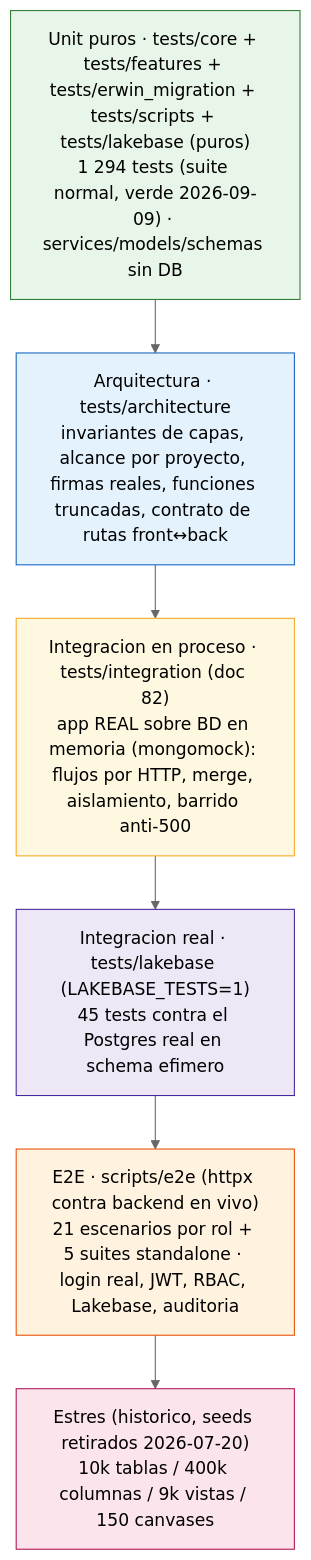
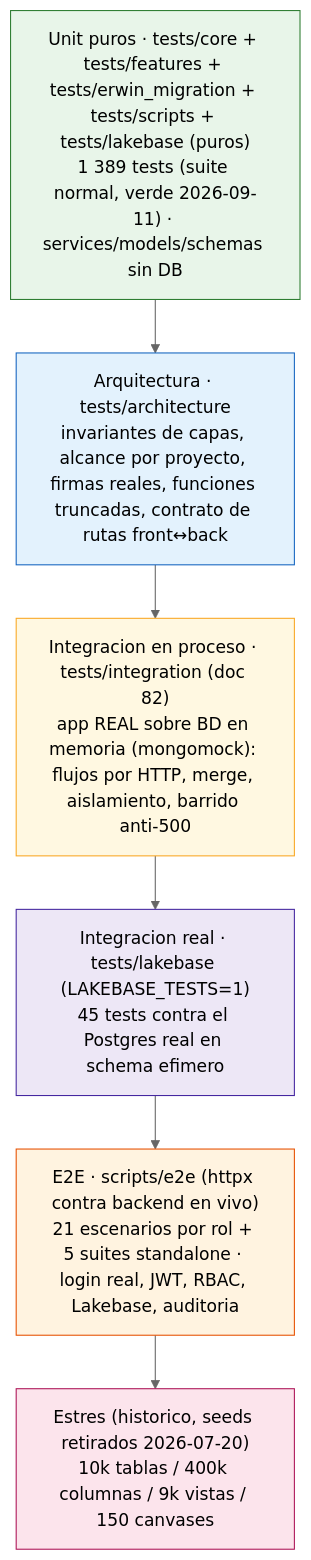
One commit to Carlosmps97/backend-data-model-hub changed the first of 6 diagrams in doc/testing.md. Above: the diagram before and after it, drawn with Mermaid (neutral theme). The commit also changed other lines of this file and 35 other files, not shown here.

````diff
--- a/doc/testing.md
+++ b/doc/testing.md
@@ -21,18 +21,18 @@
 ```mermaid
 flowchart TD
     A["Estres (historico, seeds retirados 2026-07-20)<br/>10k tablas / 400k columnas / 9k vistas / 150 canvases"]
     B["E2E · scripts/e2e (httpx contra backend en vivo)<br/>21 escenarios por rol + 5 suites standalone · login real, JWT, RBAC, Lakebase, auditoria"]
     L["Integracion real · tests/lakebase (LAKEBASE_TESTS=1)<br/>45 tests contra el Postgres real en schema efimero"]
     I["Integracion en proceso · tests/integration (doc 82)<br/>app REAL sobre BD en memoria (mongomock): flujos por HTTP, merge, aislamiento, barrido anti-500"]
     C["Arquitectura · tests/architecture<br/>invariantes de capas, alcance por proyecto, firmas reales, funciones truncadas, contrato de rutas front↔back"]
-    D["Unit puros · tests/core + tests/features + tests/erwin_migration + tests/scripts + tests/lakebase (puros)<br/>1 294 tests (suite normal, verde 2026-09-09) · services/models/schemas sin DB"]
+    D["Unit puros · tests/core + tests/features + tests/erwin_migration + tests/scripts + tests/lakebase (puros)<br/>1 389 tests (suite normal, verde 2026-09-11) · services/models/schemas sin DB"]
 
     D --> C --> I --> L --> B --> A
 
     style D fill:#e8f5e9,stroke:#2e7d32
     style C fill:#e3f2fd,stroke:#1565c0
     style I fill:#fff8e1,stroke:#f9a825
     style L fill:#ede7f6,stroke:#4527a0
     style B fill:#fff3e0,stroke:#e65100
     style A fill:#fce4ec,stroke:#ad1457
 ```
````
